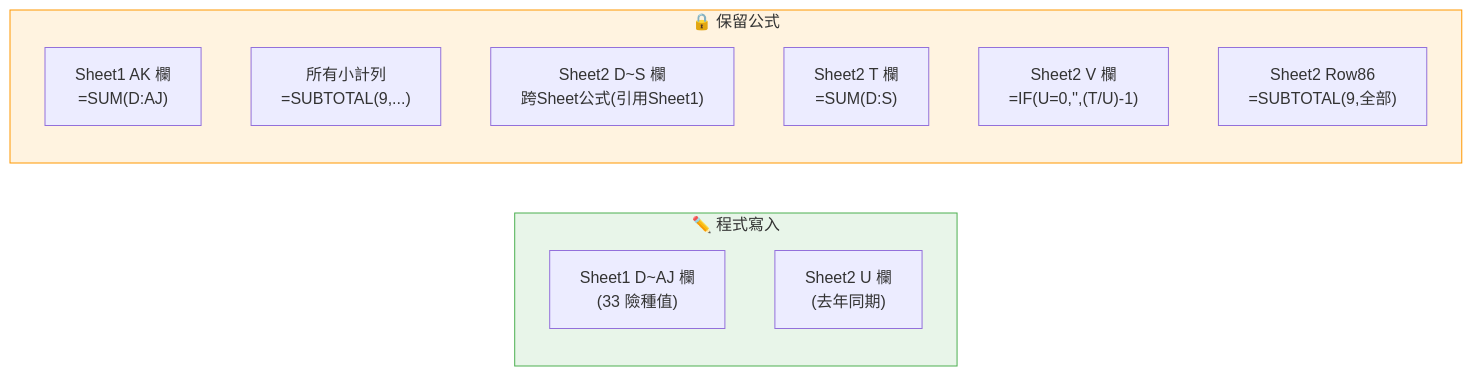
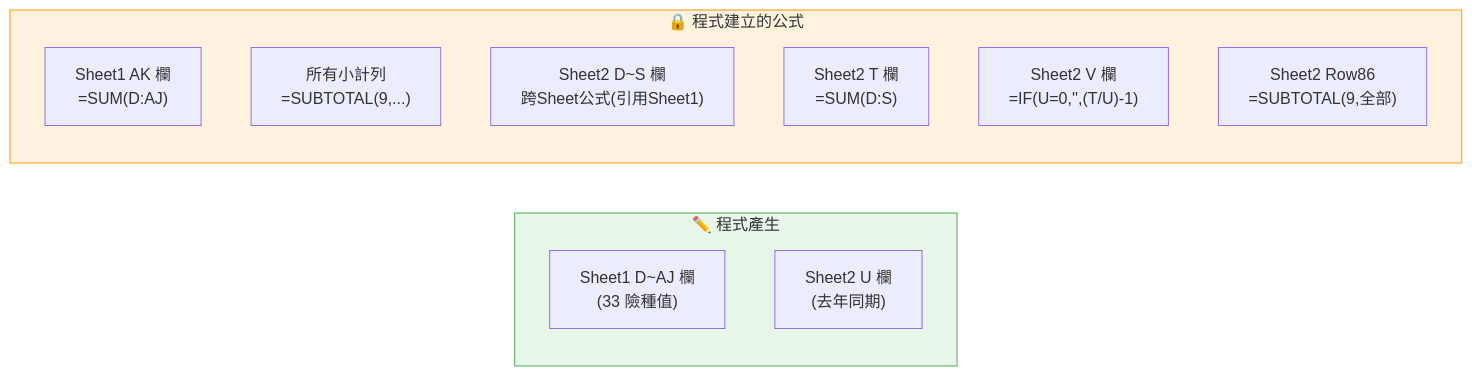
The fourth of 5 diagrams in docs/08-險種歸類與模板寫入.md (seawaterfoods/retained-premium-report-transformer), drawn with Mermaid before and after one commit. The commit also changed other lines of this file and 11 other files, not shown here.

````diff
--- a/docs/08-險種歸類與模板寫入.md
+++ b/docs/08-險種歸類與模板寫入.md
@@ -93,19 +95,19 @@
 ```mermaid
 graph LR
-    subgraph Write["✏️ 程式寫入"]
+    subgraph Write["✏️ 程式產生"]
         W1["Sheet1 D~AJ 欄<br/>(33 險種值)"]
         W3["Sheet2 U 欄<br/>(去年同期)"]
     end
 
-    subgraph Keep["🔒 保留公式"]
+    subgraph Keep["🔒 程式建立的公式"]
         K1["Sheet1 AK 欄<br/>=SUM(D:AJ)"]
         K2["所有小計列<br/>=SUBTOTAL(9,...)"]
         K6["Sheet2 D~S 欄<br/>跨Sheet公式(引用Sheet1)"]
         K3["Sheet2 T 欄<br/>=SUM(D:S)"]
         K4["Sheet2 V 欄<br/>=IF(U=0,'',(T/U)-1)"]
         K5["Sheet2 Row86<br/>=SUBTOTAL(9,全部)"]
     end
 
     style Write fill:#e8f5e9,stroke:#4CAF50
     style Keep fill:#fff3e0,stroke:#FF9800
 ```
````
